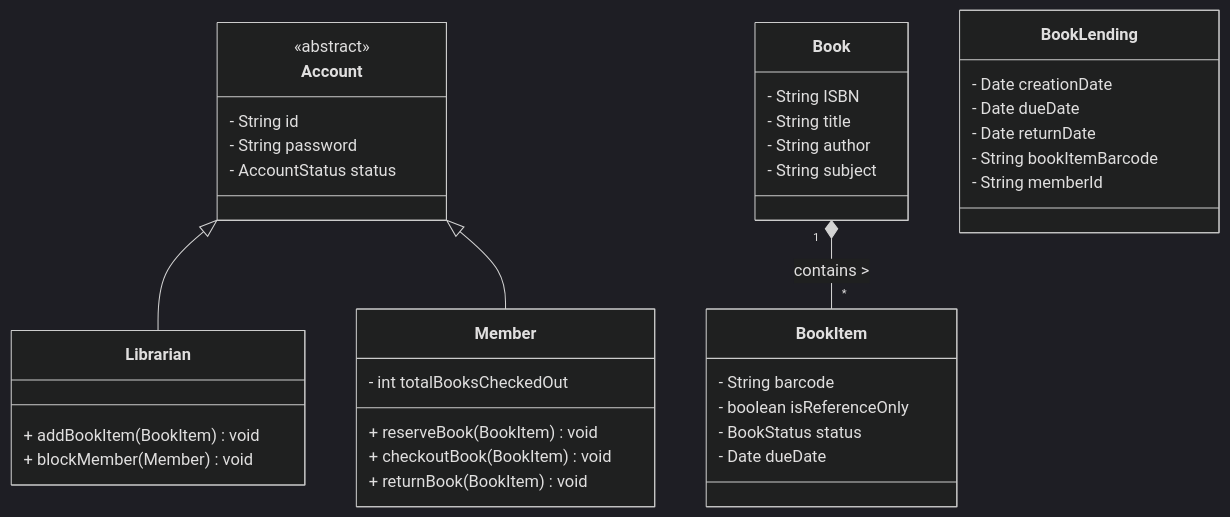
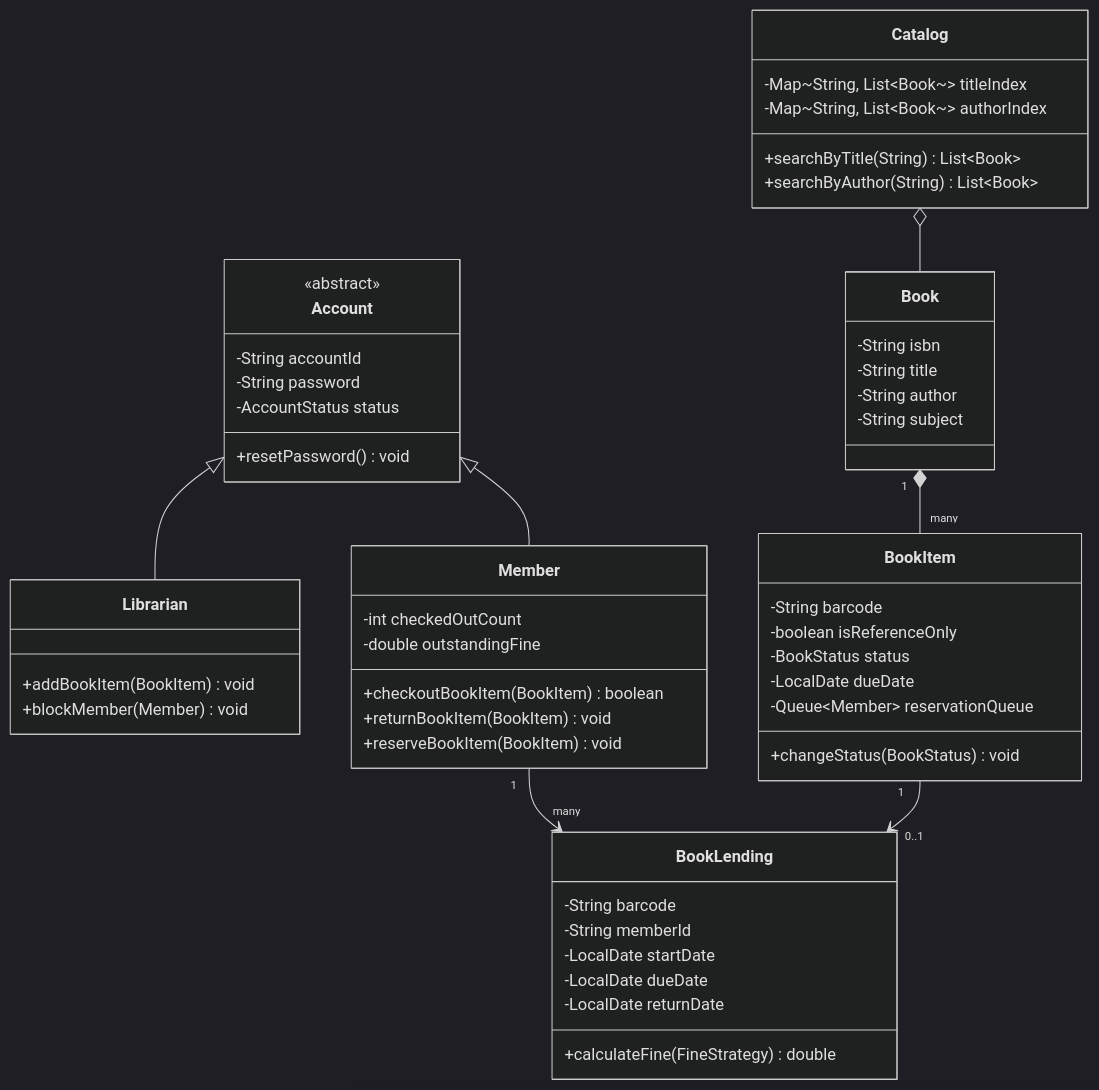
Before and after one commit to akshay-k-r/Interview-Prep-Resource: the diagram in src/pages/03-lld/machine-coding/library-management/index.mdx, drawn with Mermaid (dark theme). The commit also changed other lines of this file and 179 other files, not shown here.

````diff
--- a/src/pages/03-lld/machine-coding/library-management/index.mdx
+++ b/src/pages/03-lld/machine-coding/library-management/index.mdx
@@ -21,46 +41,64 @@
 ```mermaid
 classDiagram
     class Account {
         <<abstract>>
-        - String id
-        - String password
-        - AccountStatus status
+        -String accountId
+        -String password
+        -AccountStatus status
+        +resetPassword() void
     }
+
     class Librarian {
-        + addBookItem(BookItem) void
-        + blockMember(Member) void
+        +addBookItem(BookItem) void
+        +blockMember(Member) void
     }
+
     class Member {
-        - int totalBooksCheckedOut
-        + reserveBook(BookItem) void
-        + checkoutBook(BookItem) void
-        + returnBook(BookItem) void
+        -int checkedOutCount
+        -double outstandingFine
+        +checkoutBookItem(BookItem) boolean
+        +returnBookItem(BookItem) void
+        +reserveBookItem(BookItem) void
     }
-    
+
     Account <|-- Librarian
     Account <|-- Member
 
     class Book {
-        - String ISBN
-        - String title
-        - String author
-        - String subject
+        -String isbn
+        -String title
+        -String author
+        -String subject
     }
 
     class BookItem {
-        - String barcode
-        - boolean isReferenceOnly
-        - BookStatus status
-        - Date dueDate
+        -String barcode
+        -boolean isReferenceOnly
+        -BookStatus status
+        -LocalDate dueDate
+        -Queue~Member~ reservationQueue
+        +changeStatus(BookStatus) void
     }
-    
-    Book "1" *-- "*" BookItem : contains >
+
+    Book "1" *-- "many" BookItem
+    Member "1" --> "many" BookLending
+    BookItem "1" --> "0..1" BookLending
 
     class BookLending {
-        - Date creationDate
-        - Date dueDate
-        - Date returnDate
-        - String bookItemBarcode
-        - String memberId
+        -String barcode
+        -String memberId
+        -LocalDate startDate
+        -LocalDate dueDate
+        -LocalDate returnDate
+        +calculateFine(FineStrategy) double
     }
+
+    class Catalog {
+        -Map~String, List~Book~~ titleIndex
+        -Map~String, List~Book~~ authorIndex
+        +searchByTitle(String) List~Book~
+        +searchByAuthor(String) List~Book~
+    }
+
+    Catalog o-- Book
 ```
````
